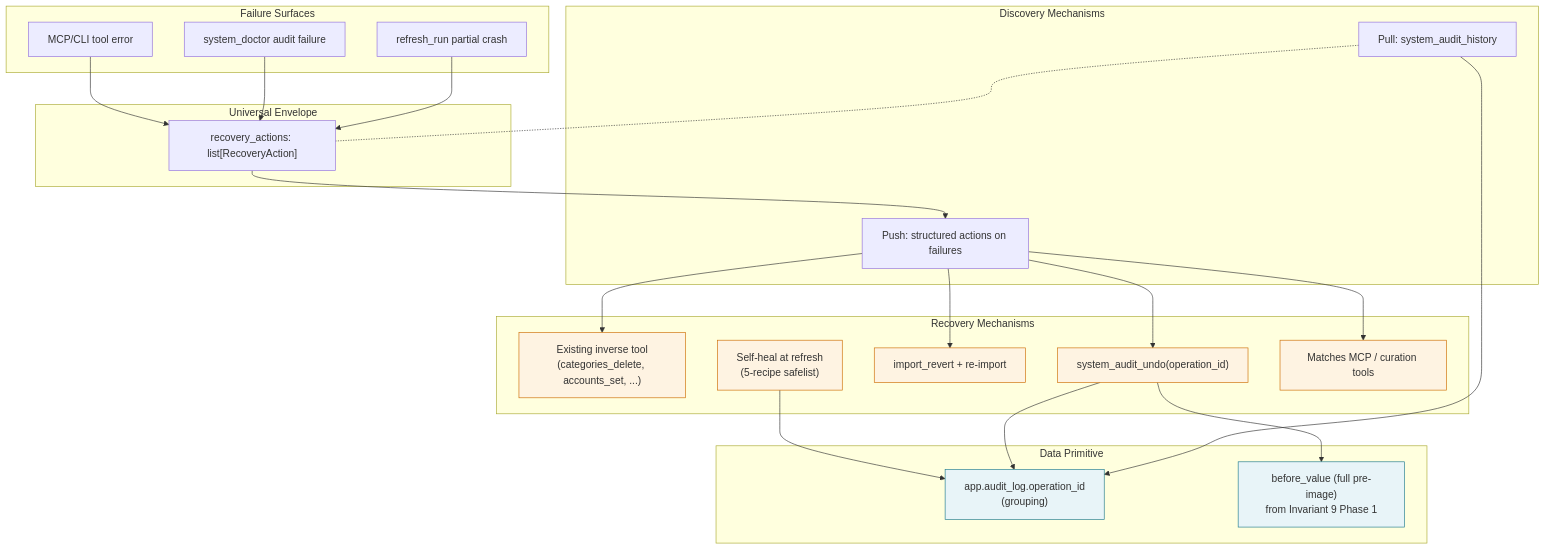
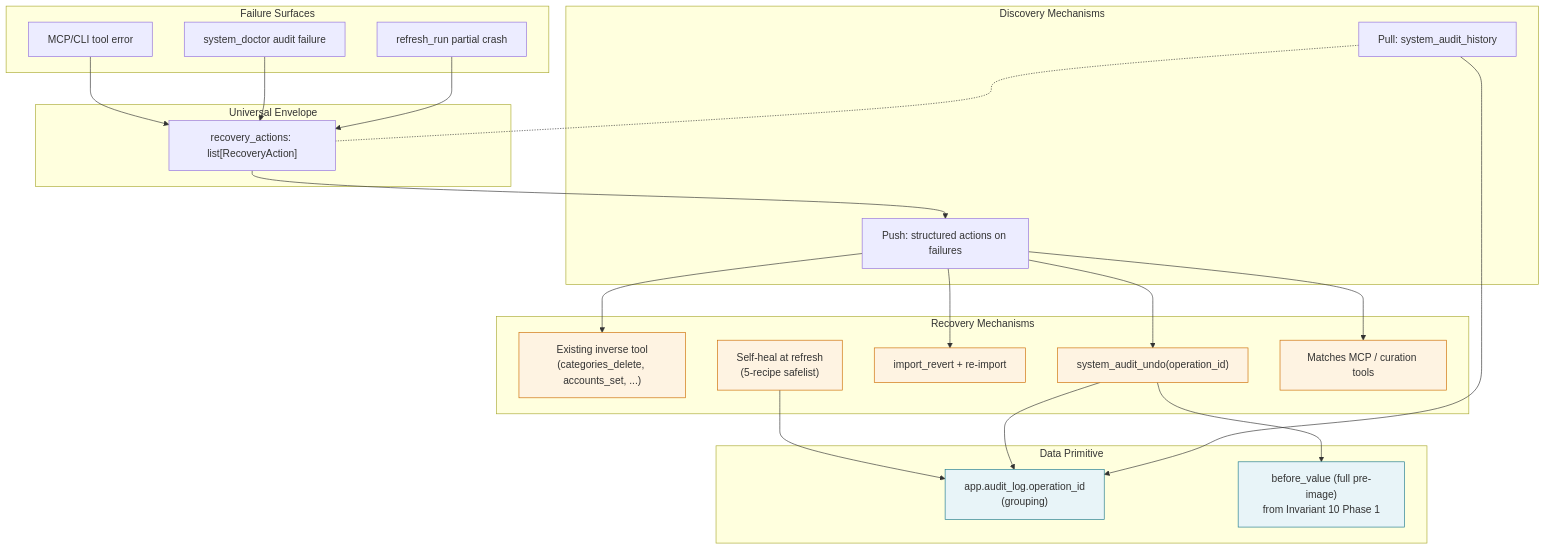
The diagram in docs/specs/data-recovery-contract.md (bsaffel/moneybin), drawn with Mermaid before and after one commit. The commit also changed other lines of this file and 10 other files, not shown here.

````diff
--- a/docs/specs/data-recovery-contract.md
+++ b/docs/specs/data-recovery-contract.md
@@ -267,52 +267,52 @@
 ```mermaid
 flowchart TB
     subgraph Surfaces[Failure Surfaces]
         Err["MCP/CLI tool error"]
         Aud["system_doctor audit failure"]
         Ref["refresh_run partial crash"]
     end
 
     subgraph Envelope[Universal Envelope]
         RA["recovery_actions: list[RecoveryAction]"]
     end
 
     subgraph Discovery[Discovery Mechanisms]
         Push["Push: structured actions on failures"]
         Pull["Pull: system_audit_history"]
     end
 
     subgraph Mechanisms[Recovery Mechanisms]
         ExTool["Existing inverse tool<br/>(categories_delete, accounts_set, ...)"]
         Undo["system_audit_undo(operation_id)"]
         Revert["import_revert + re-import"]
         Heal["Self-heal at refresh<br/>(5-recipe safelist)"]
         DomTool["Matches MCP / curation tools"]
     end
 
     subgraph DataPrim[Data Primitive]
         OpId["app.audit_log.operation_id<br/>(grouping)"]
-        Pre["before_value (full pre-image)<br/>from Invariant 9 Phase 1"]
+        Pre["before_value (full pre-image)<br/>from Invariant 10 Phase 1"]
     end
 
     Err --> RA
     Aud --> RA
     Ref --> RA
 
     RA --> Push
     Pull -.- RA
 
     Push --> ExTool
     Push --> Undo
     Push --> Revert
     Push --> DomTool
     Heal --> OpId
 
     Undo --> OpId
     Undo --> Pre
     Pull --> OpId
 
     classDef prim fill:#e8f4f8,stroke:#1f7a8c;
     classDef rec fill:#fef3e2,stroke:#cd6c00;
     class OpId,Pre prim;
     class ExTool,Undo,Revert,Heal,DomTool rec;
 ```
````
